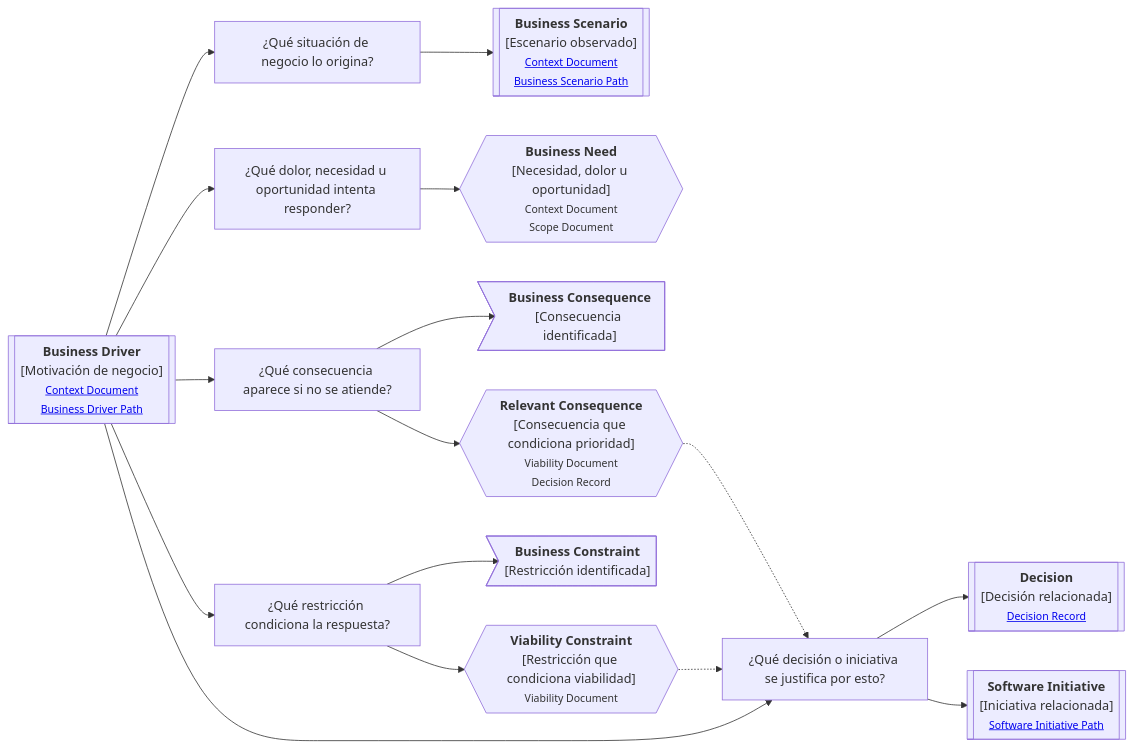
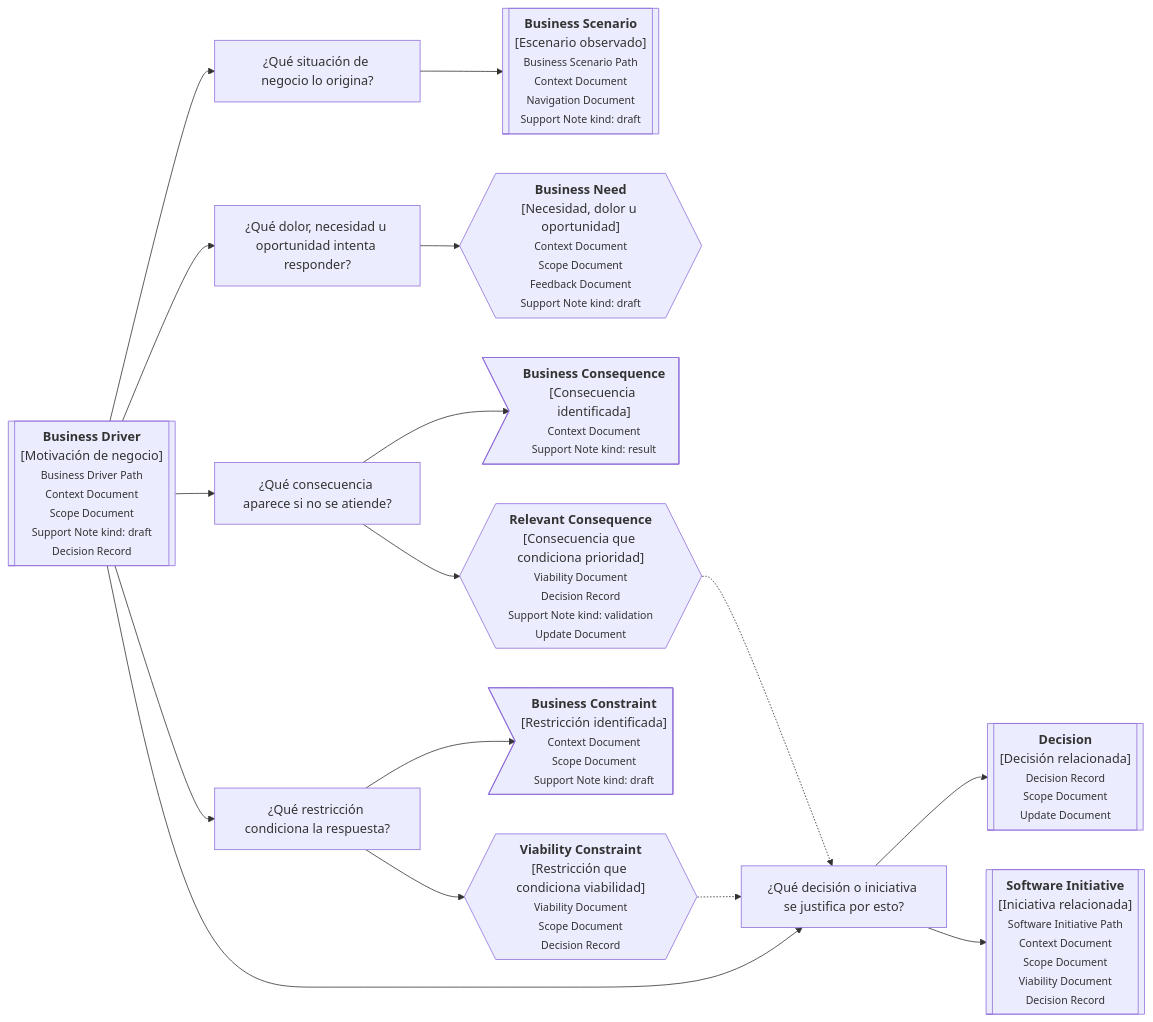
One commit to vslices/docs changed the diagram in docs/es/alive-lab/research/notes/docs-standard/artifacts/continuity-paths/core/business-driver.md. Above: the diagram before and after it, drawn with Mermaid. The commit also changed 18 other files, not shown here.

````diff
--- a/docs/es/alive-lab/research/notes/docs-standard/artifacts/continuity-paths/core/business-driver.md
+++ b/docs/es/alive-lab/research/notes/docs-standard/artifacts/continuity-paths/core/business-driver.md
@@ -33,26 +33,26 @@
 ```mermaid
 flowchart LR
-    CR[["<b>Business Driver</b><br/>[Motivación de negocio]<br/><small><a href='link'>Context Document</a><br/><a href='link'>Business Driver Path</a></small>"]]
+    CR[["<b>Business Driver</b><br/>[Motivación de negocio]<br/><small>Business Driver Path<br/>Context Document<br/>Scope Document<br/>Support Note kind: draft<br/>Decision Record</small>"]]
 
     CR --> P1["¿Qué situación de negocio lo origina?"]
     CR --> P2["¿Qué dolor, necesidad u oportunidad intenta responder?"]
     CR --> P3["¿Qué consecuencia aparece si no se atiende?"]
     CR --> P4["¿Qué restricción condiciona la respuesta?"]
     CR --> P5["¿Qué decisión o iniciativa se justifica por esto?"]
 
-    P1 --> S1[["<b>Business Scenario</b><br/>[Escenario observado]<br/><small><a href='link'>Context Document</a><br/><a href='link'>Business Scenario Path</a></small>"]]
+    P1 --> S1[["<b>Business Scenario</b><br/>[Escenario observado]<br/><small>Business Scenario Path<br/>Context Document<br/>Navigation Document<br/>Support Note kind: draft</small>"]]
 
-    P2 --> N1{{"<b>Business Need</b><br/>[Necesidad, dolor u oportunidad]<br/><small>Context Document<br/>Scope Document</small>"}}
+    P2 --> N1{{"<b>Business Need</b><br/>[Necesidad, dolor u oportunidad]<br/><small>Context Document<br/>Scope Document<br/>Feedback Document<br/>Support Note kind: draft</small>"}}
 
-    P3 --> C1>"<b>Business Consequence</b><br/>[Consecuencia identificada]"]
-    P3 --> C2{{"<b>Relevant Consequence</b><br/>[Consecuencia que condiciona prioridad]<br/><small>Viability Document<br/>Decision Record</small>"}}
+    P3 --> C1>"<b>Business Consequence</b><br/>[Consecuencia identificada]<br/><small>Context Document<br/>Support Note kind: result</small>"]
+    P3 --> C2{{"<b>Relevant Consequence</b><br/>[Consecuencia que condiciona prioridad]<br/><small>Viability Document<br/>Decision Record<br/>Support Note kind: validation<br/>Update Document</small>"}}
 
-    P4 --> R1>"<b>Business Constraint</b><br/>[Restricción identificada]"]
-    P4 --> R2{{"<b>Viability Constraint</b><br/>[Restricción que condiciona viabilidad]<br/><small>Viability Document</small>"}}
+    P4 --> R1>"<b>Business Constraint</b><br/>[Restricción identificada]<br/><small>Context Document<br/>Scope Document<br/>Support Note kind: draft</small>"]
+    P4 --> R2{{"<b>Viability Constraint</b><br/>[Restricción que condiciona viabilidad]<br/><small>Viability Document<br/>Scope Document<br/>Decision Record</small>"}}
 
-    P5 --> D1[["<b>Decision</b><br/>[Decisión relacionada]<br/><small><a href='link'>Decision Record</a></small>"]]
-    P5 --> I1[["<b>Software Initiative</b><br/>[Iniciativa relacionada]<br/><small><a href='link'>Software Initiative Path</a></small>"]]
+    P5 --> D1[["<b>Decision</b><br/>[Decisión relacionada]<br/><small>Decision Record<br/>Scope Document<br/>Update Document</small>"]]
+    P5 --> I1[["<b>Software Initiative</b><br/>[Iniciativa relacionada]<br/><small>Software Initiative Path<br/>Context Document<br/>Scope Document<br/>Viability Document<br/>Decision Record</small>"]]
 
     C2 -.-> P5
     R2 -.-> P5
 ```
````
